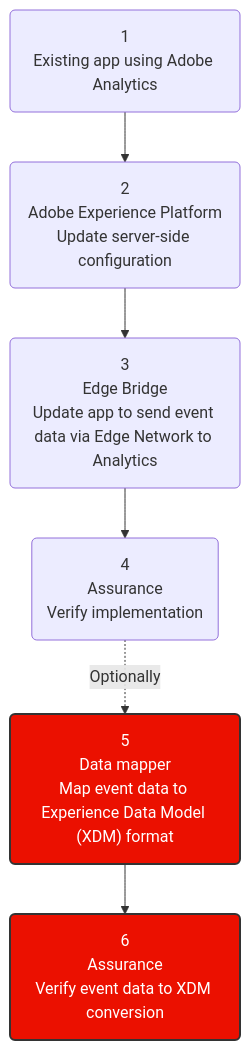
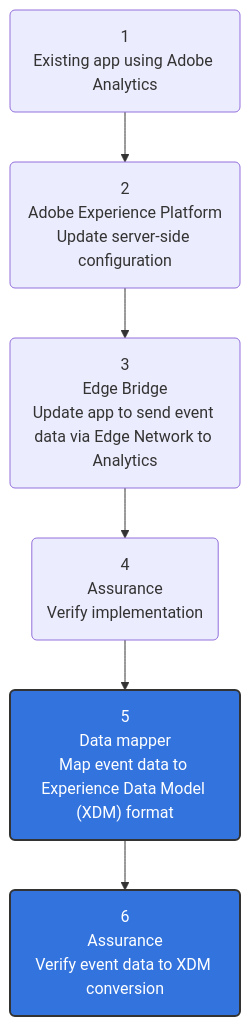
The first of 2 diagrams in Documentation/tutorials/data-prep-tutorial.md (adobe/aepsdk-edgebridge-ios), drawn with Mermaid before and after one commit. The commit also changed other lines of this file and 2 other files, not shown here.

Commit message:
Update diagrams and Data Prep tutorial name
Add Data Prep tutorial in tutorials README list

````diff
--- a/Documentation/tutorials/data-prep-tutorial.md
+++ b/Documentation/tutorials/data-prep-tutorial.md
@@ -15,12 +15,12 @@
 ```mermaid
 graph TD;
     step1(1<br/>Existing app using Adobe Analytics) -->
     step2(2<br/>Adobe Experience Platform<br/>Update server-side configuration) --> 
     step3(3<br/>Edge Bridge<br/>Update app to send event data via Edge Network to Analytics) --> 
-    step4(4<br/>Assurance<br/>Verify implementation) -. "Optionally" .-> 
+    step4(4<br/>Assurance<br/>Verify implementation) --> 
     step5("5<br/>Data mapper<br/>Map event data to Experience Data Model (XDM) format") -->
     step6(6<br/>Assurance<br/>Verify event data to XDM conversion);
 
-style step5 fill:#EB1000,stroke:#333,stroke-width:2px,color:#fff
-style step6 fill:#EB1000,stroke:#333,stroke-width:2px,color:#fff
+style step5 fill:#3273de,stroke:#333,stroke-width:2px,color:#fff
+style step6 fill:#3273de,stroke:#333,stroke-width:2px,color:#fff
 ```
````
